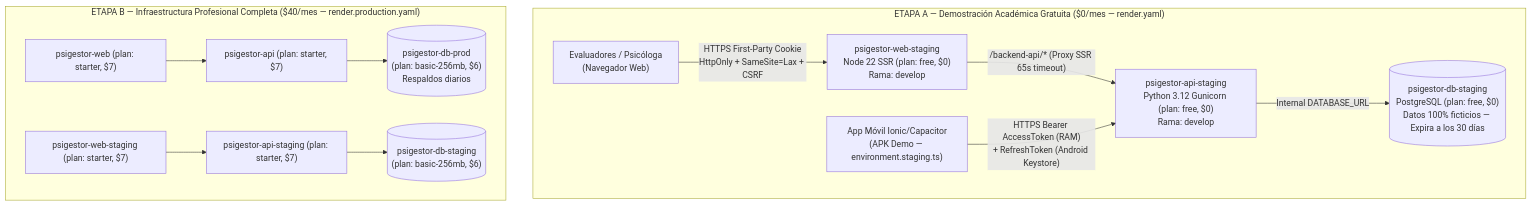
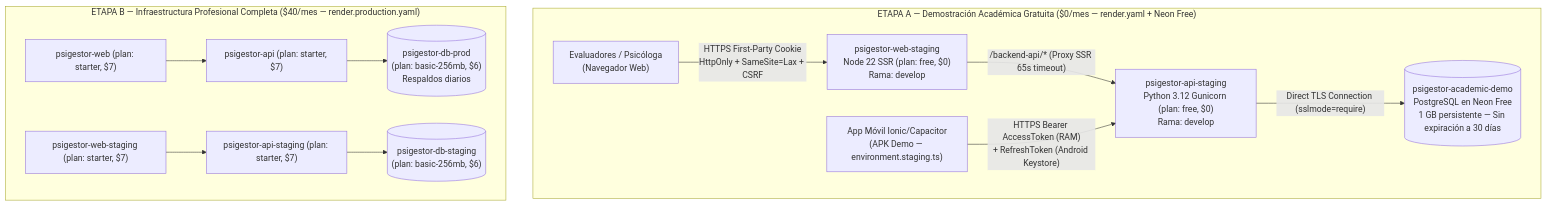
The diagram in docs/RENDER_DEPLOYMENT_GUIDE.md (OpossRay/PsiGestor), drawn with Mermaid before and after one commit. The commit also changed other lines of this file and 8 other files, not shown here.

````diff
--- a/docs/RENDER_DEPLOYMENT_GUIDE.md
+++ b/docs/RENDER_DEPLOYMENT_GUIDE.md
@@ -7,27 +7,27 @@
 ```mermaid
 flowchart TB
-    subgraph EtapaA ["ETAPA A — Demostración Académica Gratuita ($0/mes — render.yaml)"]
+    subgraph EtapaA ["ETAPA A — Demostración Académica Gratuita ($0/mes — render.yaml + Neon Free)"]
         Eval["Evaluadores / Psicóloga<br/>(Navegador Web)"]
         MobDemo["App Móvil Ionic/Capacitor<br/>(APK Demo — environment.staging.ts)"]
         WebFree["psigestor-web-staging<br/>Node 22 SSR (plan: free, $0)<br/>Rama: develop"]
         ApiFree["psigestor-api-staging<br/>Python 3.12 Gunicorn (plan: free, $0)<br/>Rama: develop"]
-        DbFree[("psigestor-db-staging<br/>PostgreSQL (plan: free, $0)<br/>Datos 100% ficticios — Expira a los 30 días")]
+        DbNeon[("psigestor-academic-demo<br/>PostgreSQL en Neon Free<br/>1 GB persistente — Sin expiración a 30 días")]
 
         Eval -->|"HTTPS First-Party Cookie<br/>HttpOnly + SameSite=Lax + CSRF"| WebFree
         WebFree -->|"/backend-api/* (Proxy SSR 65s timeout)"| ApiFree
         MobDemo -->|"HTTPS Bearer AccessToken (RAM)<br/>+ RefreshToken (Android Keystore)"| ApiFree
-        ApiFree -->|"Internal DATABASE_URL"| DbFree
+        ApiFree -->|"Direct TLS Connection (sslmode=require)"| DbNeon
     end
 
     subgraph EtapaB ["ETAPA B — Infraestructura Profesional Completa ($40/mes — render.production.yaml)"]
         WebProd["psigestor-web (plan: starter, $7)"]
         ApiProd["psigestor-api (plan: starter, $7)"]
         DbProd[("psigestor-db-prod<br/>(plan: basic-256mb, $6)<br/>Respaldos diarios")]
         WebStg["psigestor-web-staging (plan: starter, $7)"]
         ApiStg["psigestor-api-staging (plan: starter, $7)"]
         DbStg[("psigestor-db-staging<br/>(plan: basic-256mb, $6)")]
 
         WebProd --> ApiProd --> DbProd
         WebStg --> ApiStg --> DbStg
     end
 ```
````
